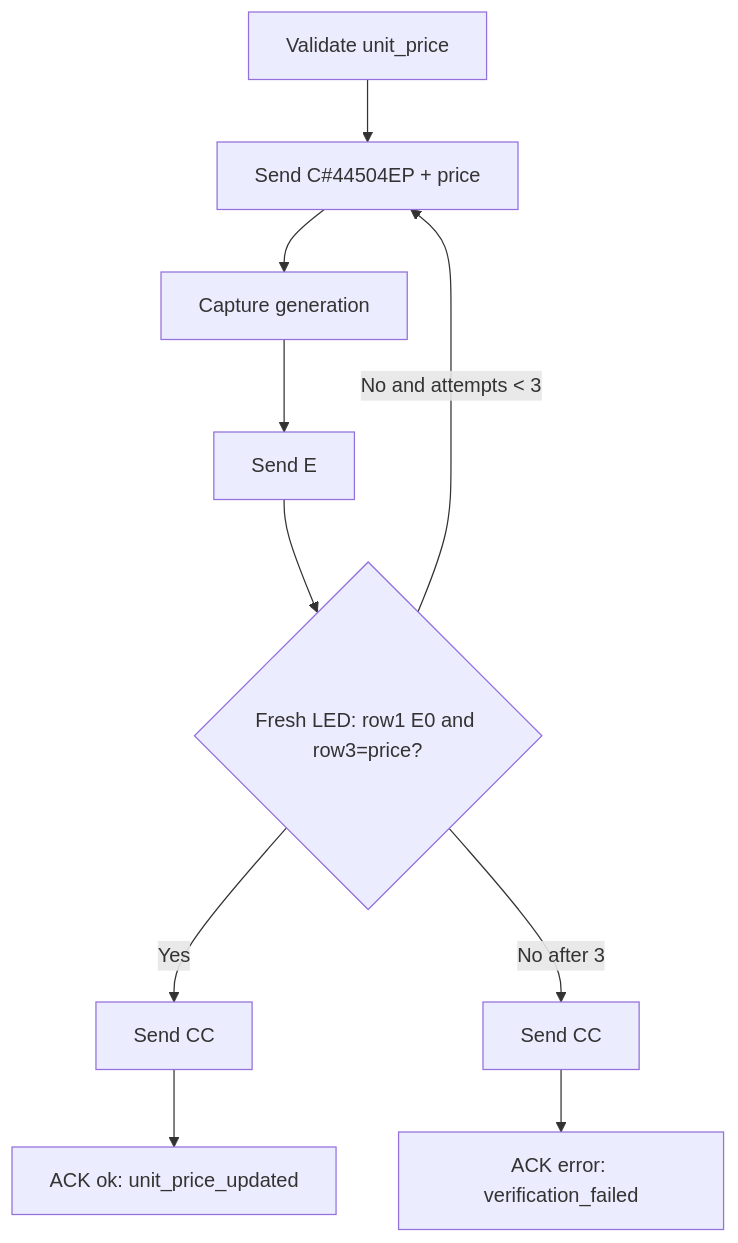
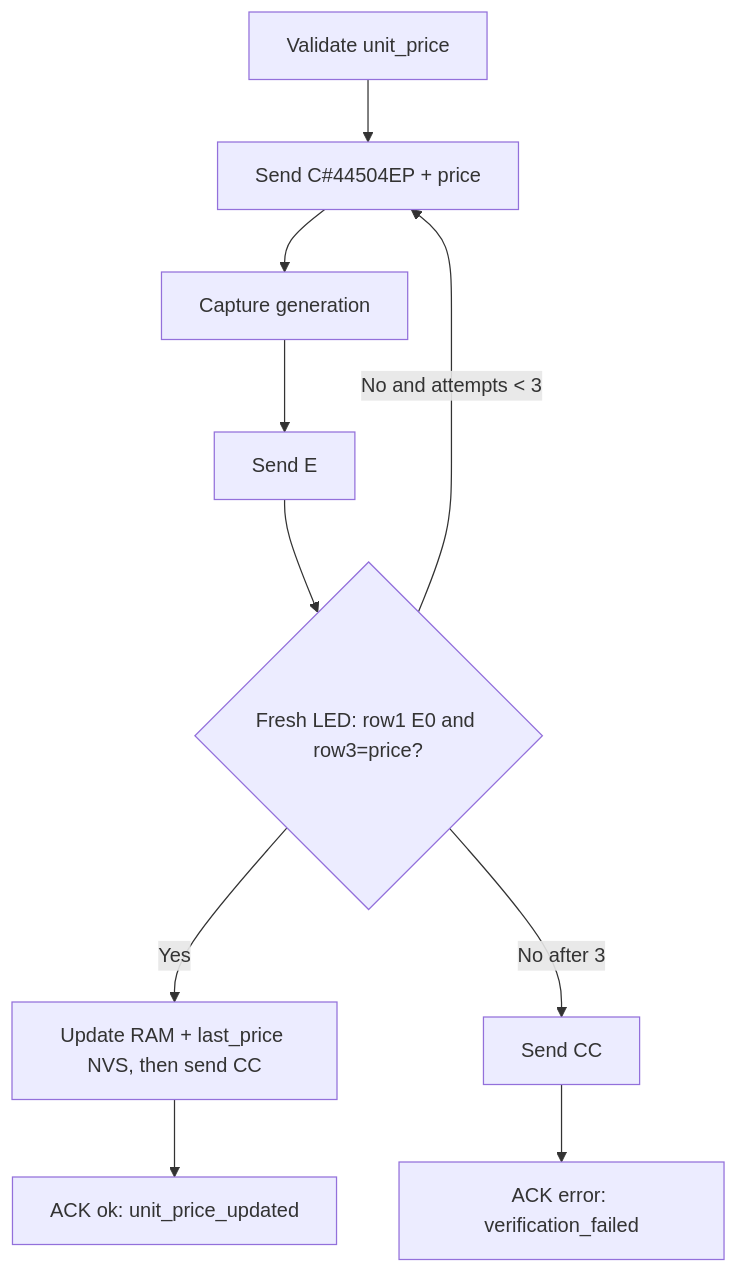
The tenth of 16 diagrams in docs/iot/firmware/flow.md (kenhkythuat/keyboard_phuongnam), drawn with Mermaid before and after one commit. The commit also changed other lines of this file and 11 other files, not shown here.

````diff
--- a/docs/iot/firmware/flow.md
+++ b/docs/iot/firmware/flow.md
@@ -172,12 +240,12 @@
 ```mermaid
 flowchart TD
     A[Validate unit_price] --> C[Send C#44504EP + price]
     C --> D[Capture generation]
     D --> E[Send E]
     E --> F{Fresh LED: row1 E0 and row3=price?}
-    F -- Yes --> G[Send CC]
+    F -- Yes --> G[Update RAM + last_price NVS, then send CC]
     F -- No and attempts < 3 --> C
     F -- No after 3 --> H[Send CC]
     G --> I[ACK ok: unit_price_updated]
     H --> J[ACK error: verification_failed]
 ```
````
